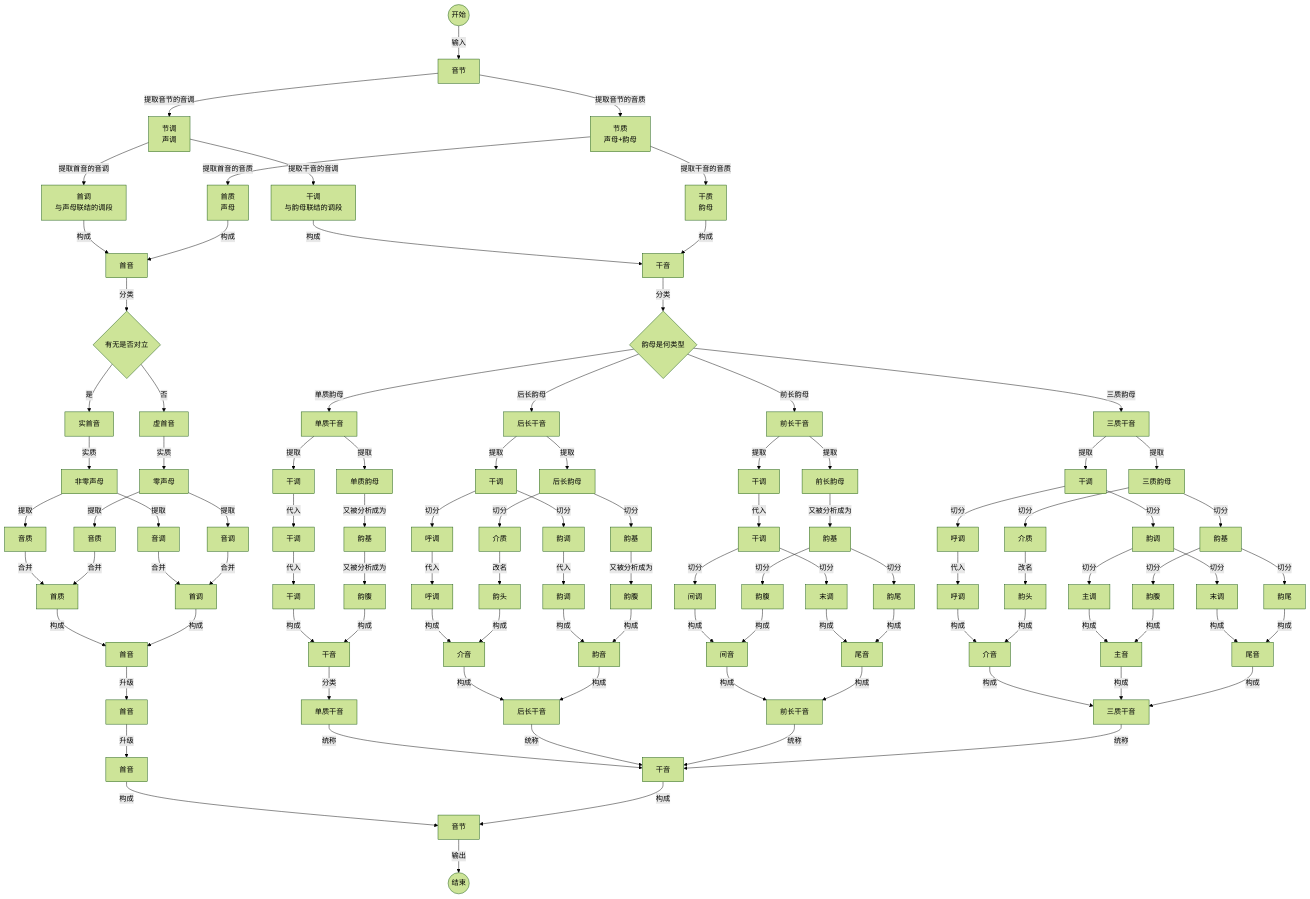
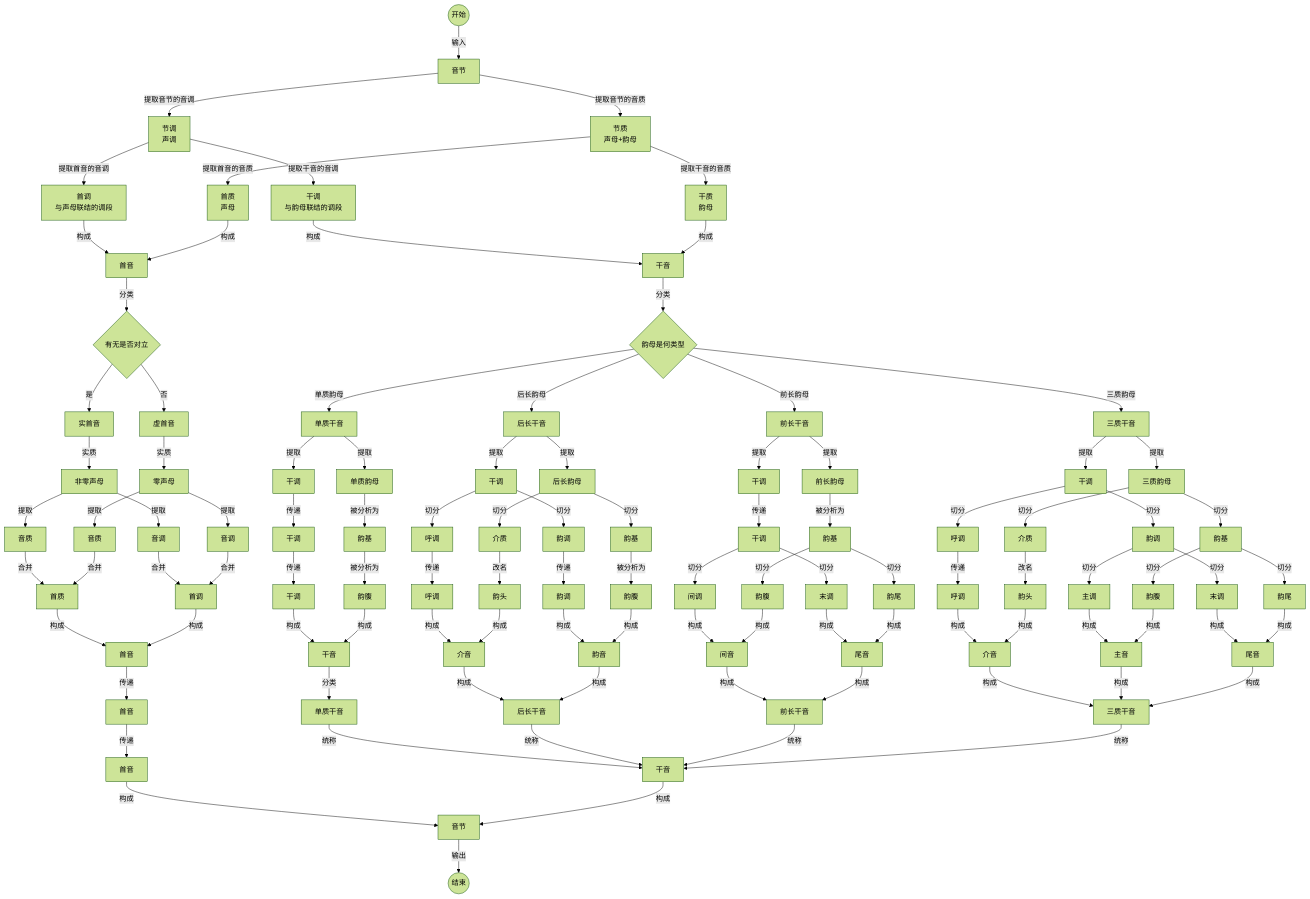
The diagram in YIME_Theory/flowchart/唱音分析流程.mmd (tsaanghwang/Yime-prototype), drawn with Mermaid (forest theme) before and after one commit. The commit also changed 8 other files, not shown here.

```diff
--- a/YIME_Theory/flowchart/唱音分析流程.mmd
+++ b/YIME_Theory/flowchart/唱音分析流程.mmd
@@ -1,121 +1,121 @@
 graph TB
     Start((开始)) --> |输入|A[音节]
         A --> |提取音节的音调|B[节调<br>声调]
         A --> |提取音节的音质|C[节质<br>声母+韵母]
 
         B --> |提取首音的音调|D1[首调<br>与声母联结的调段]
         B --> |提取干音的音调|D2[干调<br>与韵母联结的调段]
         C --> |提取首音的音质|C1[首质<br>声母]
         C --> |提取干音的音质|C2[干质<br>韵母]
 
         D1 --> |构成|F[首音]
         C1 --> |构成|F
         D2 --> |构成|G[干音]
         C2 --> |构成|G
 
         F --> |分类|F0{有无是否对立}
         F0 --> |是|F1[实首音]
         F0 --> |否|F2[虚首音]
 
         G --> |分类|G0{韵母是何类型}
         G0 --> |单质韵母|G1[单质干音]
         G0 --> |后长韵母|G2[后长干音]
         G0 --> |前长韵母|G3[前长干音]
         G0 --> |三质韵母|G4[三质干音]
 
         F1 --> |实质| H1[非零声母]
         F2 --> |实质| H2[零声母]
         H1 --> |提取| H3[音调]
         H1 --> |提取| H4[音质]
         H2 --> |提取| H5[音调]
         H2 --> |提取| H6[音质]
         H3 --> |合并| H7
         H5 --> |合并| H7[首调]
         H4 --> |合并| H8
         H6 --> |合并| H8[首质]
         H8 --> |构成|H9
         H7 --> |构成|H9[首音]
 
         G1 --> |提取|J0[干调]
         G1 --> |提取|J3[单质韵母]
-        J0 --> |代入|J1[干调]
-        J3 --> |又被分析成为|J4[韵基]
-        J1 --> |代入|J2[干调]
-        J4 --> |又被分析成为|J5[韵腹]
+        J0 --> |传递|J1[干调]
+        J3 --> |被分析为|J4[韵基]
+        J1 --> |传递|J2[干调]
+        J4 --> |被分析为|J5[韵腹]
 
         G2 --> |提取|K0[干调]
         K0 --> |切分|K1[呼调]
         K0 --> |切分|K2[韵调]
         G2 --> |提取|K3[后长韵母]
-        K1 --> |代入|K7[呼调]
-        K2 --> |代入|K8[韵调]
+        K1 --> |传递|K7[呼调]
+        K2 --> |传递|K8[韵调]
         K3 --> |切分|K9[介质]
         K3 --> |切分|K5[韵基]
         K9 --> |改名|K4[韵头]
-        K5 --> |又被分析成为|K6[韵腹]
+        K5 --> |被分析为|K6[韵腹]
 
         G3 --> |提取|L0[干调]
         G3 --> |提取|L4[前长韵母]
-        L0 --> |代入|L1[干调]
+        L0 --> |传递|L1[干调]
         L1 --> |切分|L2[间调]
         L1 --> |切分|L3[末调]
-        L4 --> |又被分析成为|L5[韵基]
+        L4 --> |被分析为|L5[韵基]
         L5 --> |切分|L6[韵腹]
         L5 --> |切分|L7[韵尾]
 
         G4 --> |提取|M0[干调]
         M0 --> |切分|M01[呼调]
         M0 --> |切分|M02[韵调]
-        M01 --> |代入|M1[呼调]
+        M01 --> |传递|M1[呼调]
         M02 --> |切分|M2[主调]
         M02 --> |切分|M3[末调]
         G4 --> |提取|M4[三质韵母]
         M4 --> |切分|M5[介质]
         M4 --> |切分|M6[韵基]
         M5 --> |改名|M7[韵头]
         M6 --> |切分|M8[韵腹]
         M6 --> |切分|M9[韵尾]
 
         J2 --> |构成|N1[干音]
         J5 --> |构成|N1
 
         K7 --> |构成|O1[介音]
         K4 --> |构成|O1
         K8 --> |构成|O2[韵音]
         K6 --> |构成|O2
 
         L2 --> |构成|P1[间音]
         L6 --> |构成|P1
         L3 --> |构成|P2[尾音]
         L7 --> |构成|P2
 
         M1 --> |构成|Q1[介音]
         M7 --> |构成|Q1
         M2 --> |构成|Q2[主音]
         M8 --> |构成|Q2
         M3 --> |构成|Q3[尾音]
         M9 --> |构成|Q3
 
-        H9 --> |升级|R0[首音]
-        R0 --> |升级|R1[首音]
+        H9 --> |传递|R0[首音]
+        R0 --> |传递|R1[首音]
 
         N1 --> |分类|R2[单质干音]
 
         O1 --> |构成|R3
         O2 --> |构成|R3[后长干音]
 
         P1 --> |构成|R4
         P2 --> |构成|R4[前长干音]
 
         Q1 --> |构成|R5
         Q2 --> |构成|R5
         Q3 --> |构成|R5[三质干音]
 
         R2  --> |统称|R6[干音]
         R3  --> |统称|R6
         R4  --> |统称|R6
         R5  --> |统称|R6
 
         R1 --> |构成|S
         R6 --> |构成|S[音节]
     S --> |输出|End((结束))
```
